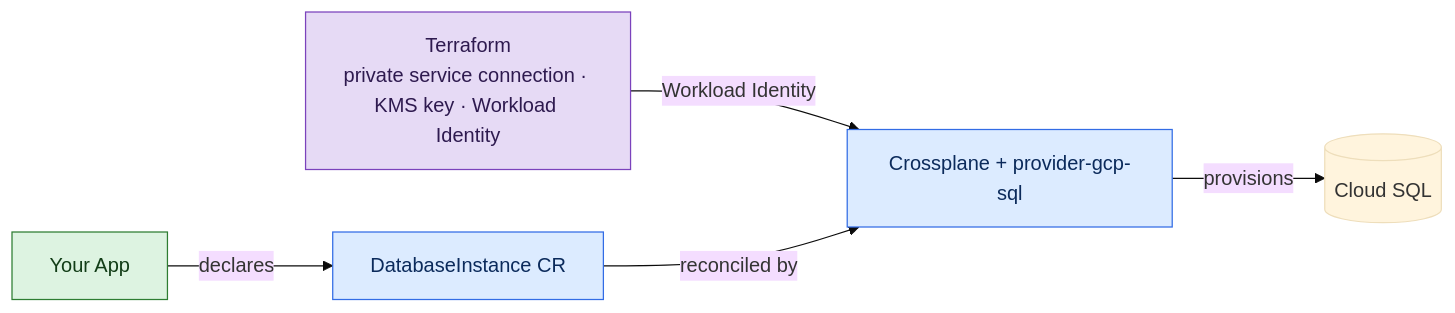
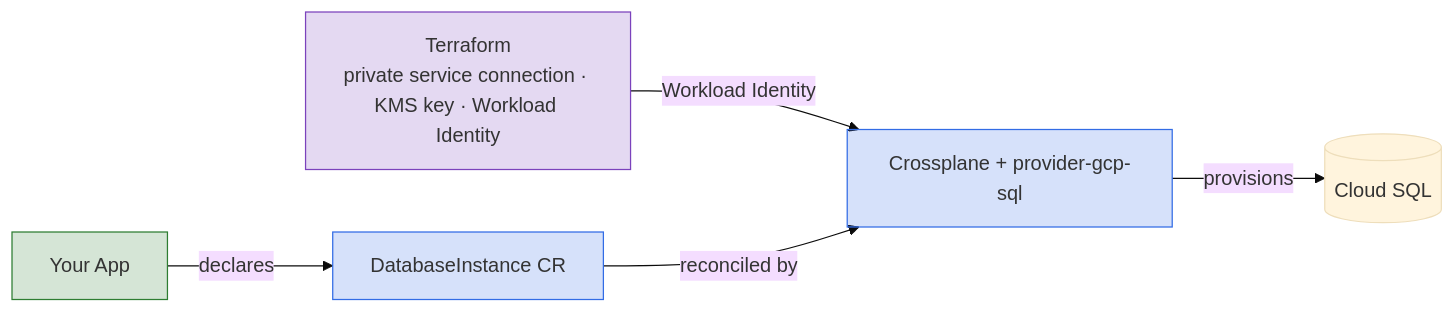
Before and after one commit to windsorcli/core: the diagram in docs/guides/database/cloudsql.md, drawn with Mermaid (base theme). The commit also changed 4 other files, not shown here.

Commit message:
docs(guides): use translucent tints in diagram fills

````diff
--- a/docs/guides/database/cloudsql.md
+++ b/docs/guides/database/cloudsql.md
@@ -88,19 +88,19 @@
 ```mermaid
 flowchart LR
   tf[Terraform<br/>private service connection · KMS key · Workload Identity]
   crossplane[Crossplane + provider-gcp-sql]
   app[Your App]
   cr[DatabaseInstance CR]
   gcp[(Cloud SQL)]
 
   tf -->|Workload Identity| crossplane
   app -->|declares| cr
   cr -->|reconciled by| crossplane
   crossplane -->|provisions| gcp
-  classDef terraform fill:#E6DAF5,stroke:#7B42BC,color:#2E1A4F
-  classDef k8s fill:#DCEBFF,stroke:#326CE5,color:#0B2A5B
-  classDef app fill:#DDF3E1,stroke:#2E7D32,color:#123D17
+  classDef terraform fill:#7B42BC33,stroke:#7B42BC
+  classDef k8s fill:#326CE533,stroke:#326CE5
+  classDef app fill:#2E7D3233,stroke:#2E7D32
   class tf terraform
   class crossplane,cr k8s
   class app app
 ```
````
